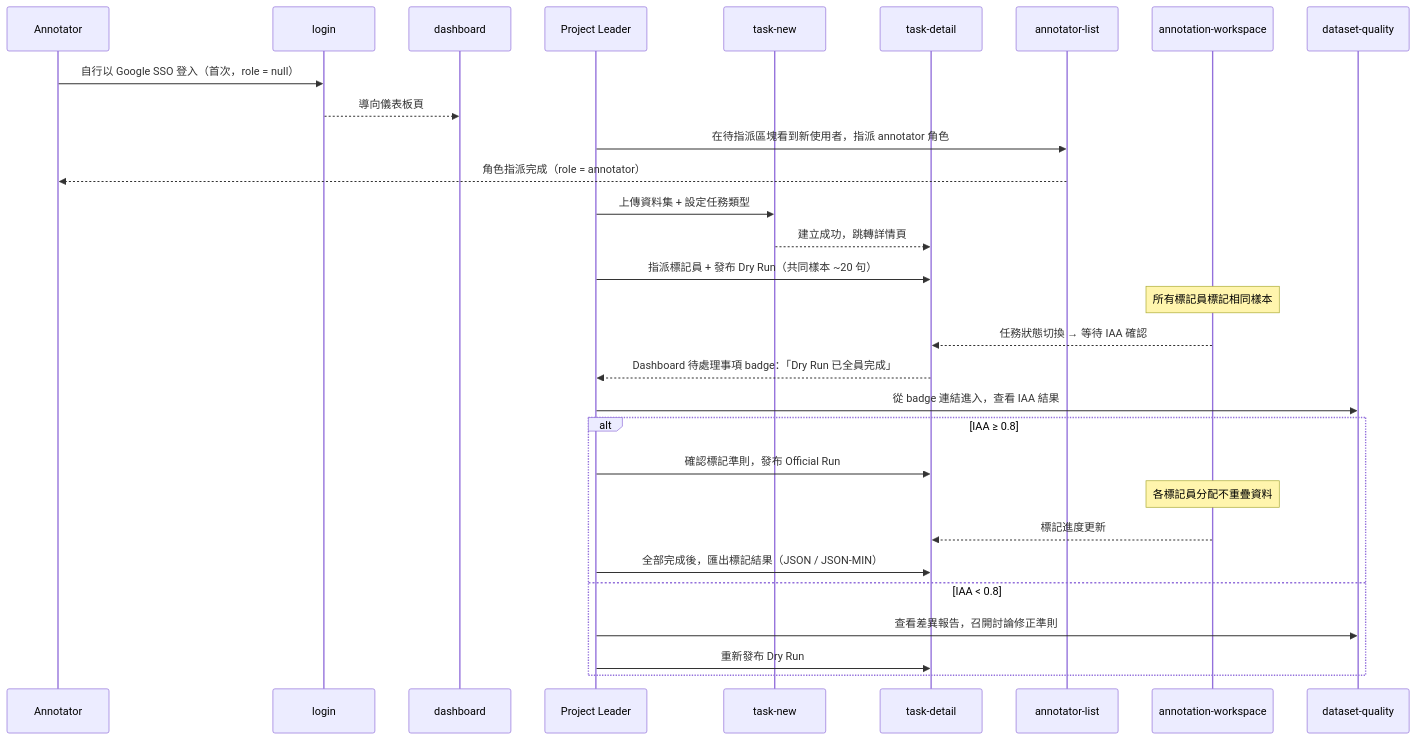
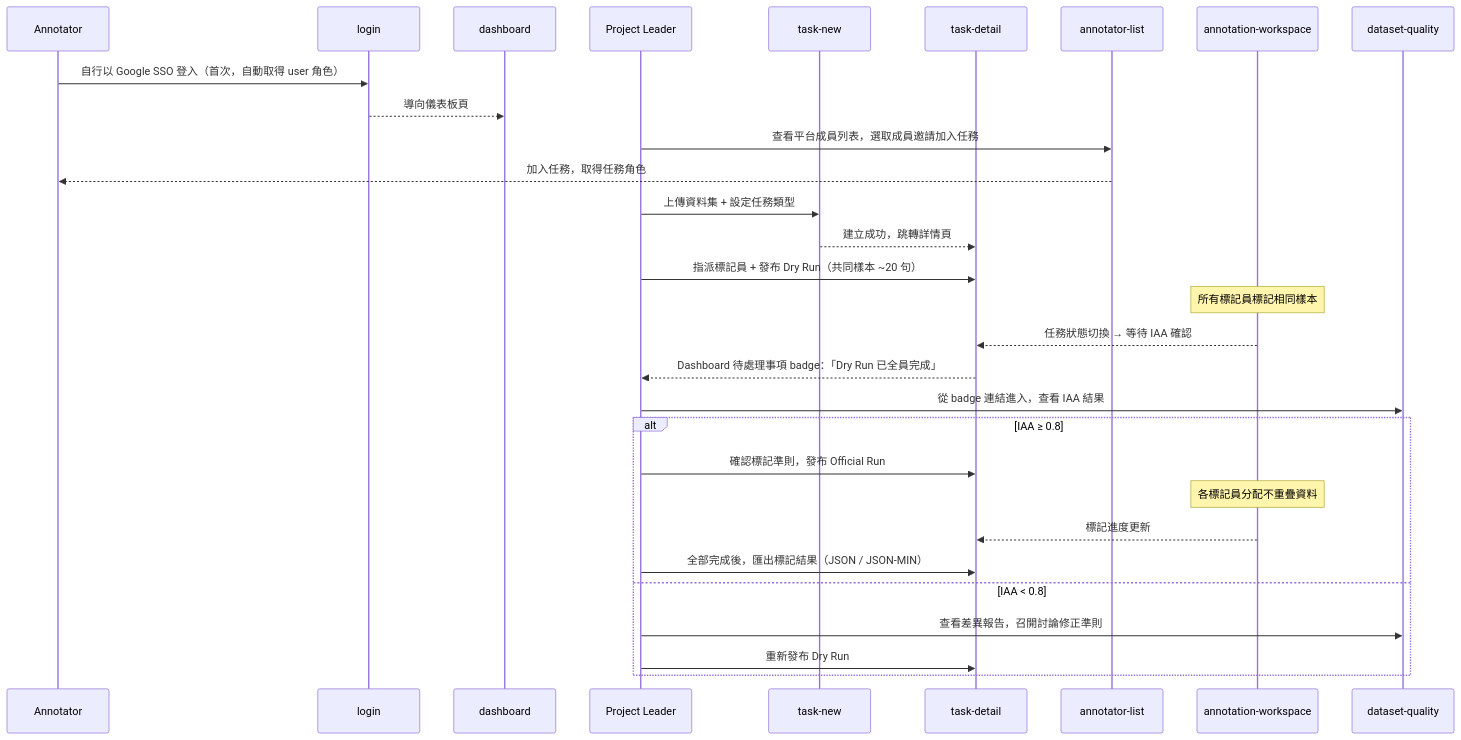
Before and after one commit to singyichen/label-suite: the second of 5 diagrams in docs/ia/information-architecture.md, drawn with Mermaid. The commit also changed 6 other files, not shown here.

````diff
--- a/docs/ia/information-architecture.md
+++ b/docs/ia/information-architecture.md
@@ -342,33 +342,33 @@
 ```mermaid
 sequenceDiagram
   participant AN as Annotator
   participant LOGIN as login
   participant DASHBOARD as dashboard
   participant PL as Project Leader
   participant TN as task-new
   participant TD as task-detail
   participant AL as annotator-list
   participant AW as annotation-workspace
   participant DQ as dataset-quality
 
-  AN->>LOGIN: 自行以 Google SSO 登入（首次，role = null）
+  AN->>LOGIN: 自行以 Google SSO 登入（首次，自動取得 user 角色）
   LOGIN-->>DASHBOARD: 導向儀表板頁
-  PL->>AL: 在待指派區塊看到新使用者，指派 annotator 角色
-  AL-->>AN: 角色指派完成（role = annotator）
+  PL->>AL: 查看平台成員列表，選取成員邀請加入任務
+  AL-->>AN: 加入任務，取得任務角色
   PL->>TN: 上傳資料集 + 設定任務類型
   TN-->>TD: 建立成功，跳轉詳情頁
   PL->>TD: 指派標記員 + 發布 Dry Run（共同樣本 ~20 句）
   Note over AW: 所有標記員標記相同樣本
   AW-->>TD: 任務狀態切換 → 等待 IAA 確認
   TD-->>PL: Dashboard 待處理事項 badge：「Dry Run 已全員完成」
   PL->>DQ: 從 badge 連結進入，查看 IAA 結果
   alt IAA ≥ 0.8
     PL->>TD: 確認標記準則，發布 Official Run
     Note over AW: 各標記員分配不重疊資料
     AW-->>TD: 標記進度更新
     PL->>TD: 全部完成後，匯出標記結果（JSON / JSON-MIN）
   else IAA < 0.8
     PL->>DQ: 查看差異報告，召開討論修正準則
     PL->>TD: 重新發布 Dry Run
   end
 ```
````
